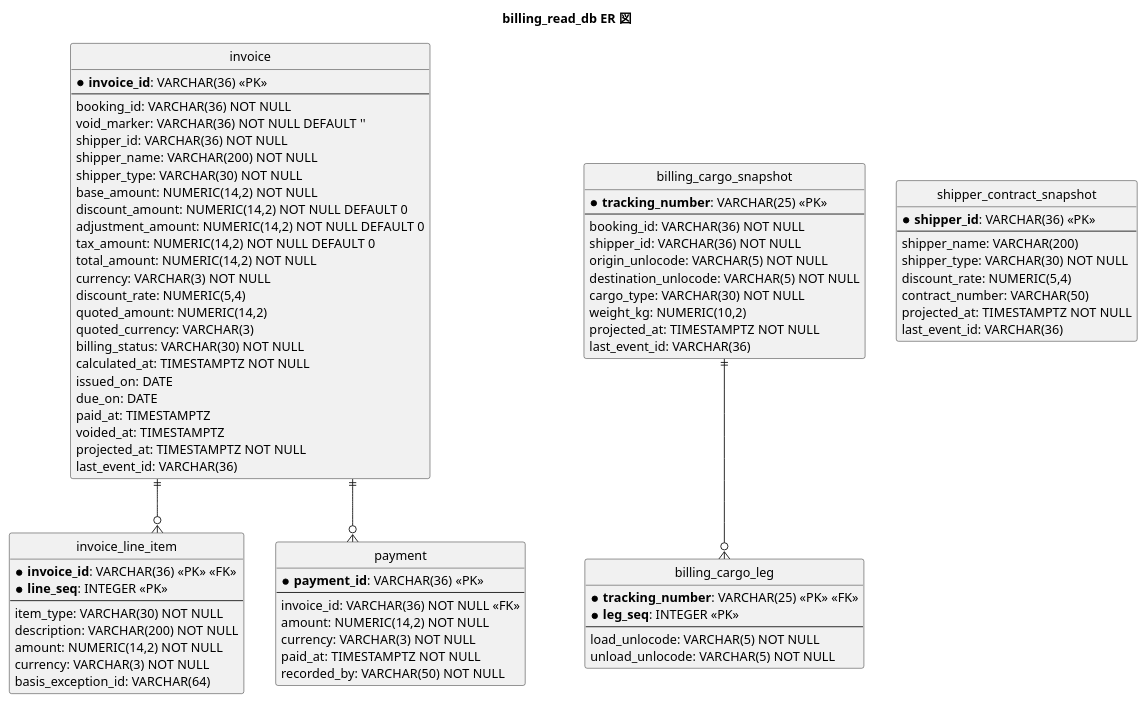
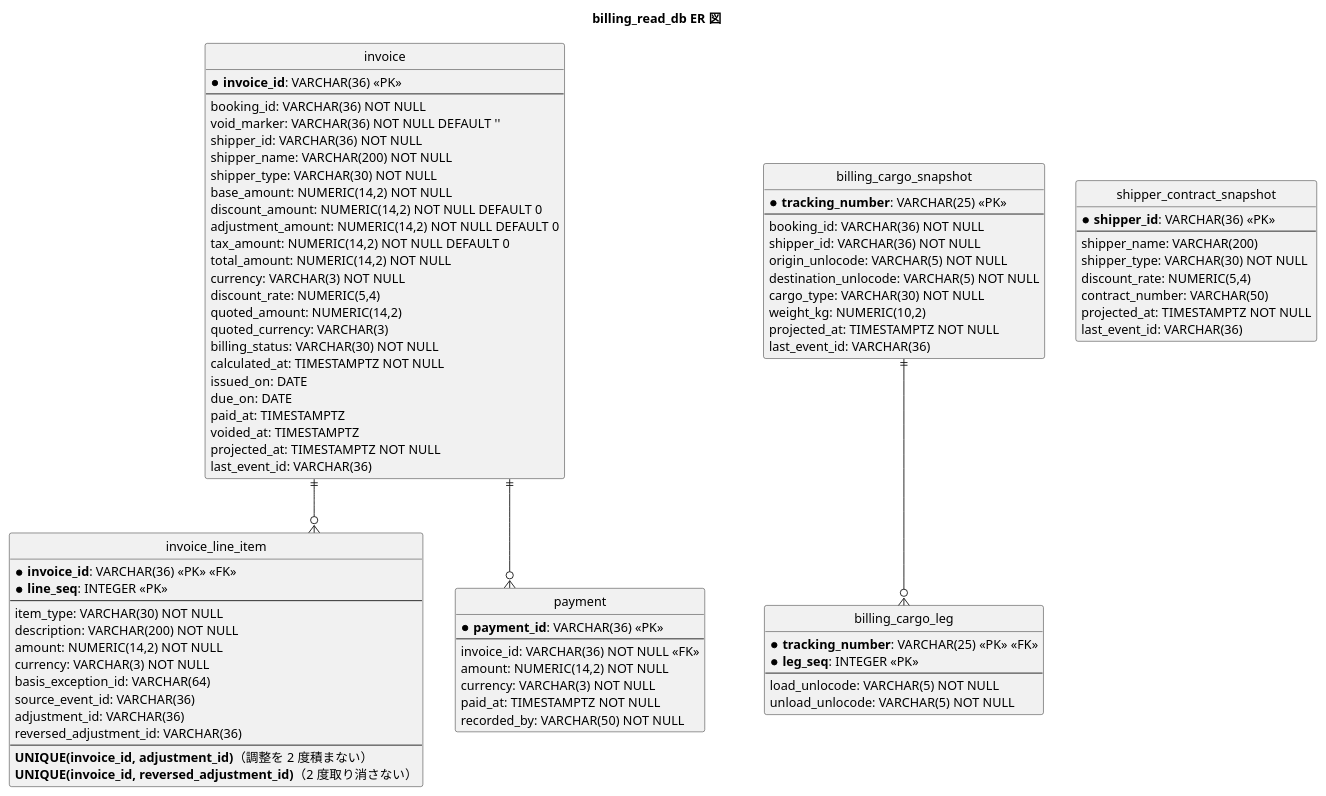
One commit to k2works/case-study-cargo-tracker changed the eighth of 10 diagrams in docs/design/cargo-tracker/data-model.md. Above: the diagram before and after it, drawn with PlantUML. The commit also changed 41 other files, not shown here.

```diff
--- a/docs/design/cargo-tracker/data-model.md
+++ b/docs/design/cargo-tracker/data-model.md
@@ -702,6 +702,12 @@
   amount: NUMERIC(14,2) NOT NULL
   currency: VARCHAR(3) NOT NULL
   basis_exception_id: VARCHAR(64)
+  source_event_id: VARCHAR(36)
+  adjustment_id: VARCHAR(36)
+  reversed_adjustment_id: VARCHAR(36)
+  --
+  **UNIQUE(invoice_id, adjustment_id)**（調整を 2 度積まない）
+  **UNIQUE(invoice_id, reversed_adjustment_id)**（2 度取り消さない）
 }
 
 entity "payment" as pay {
```
